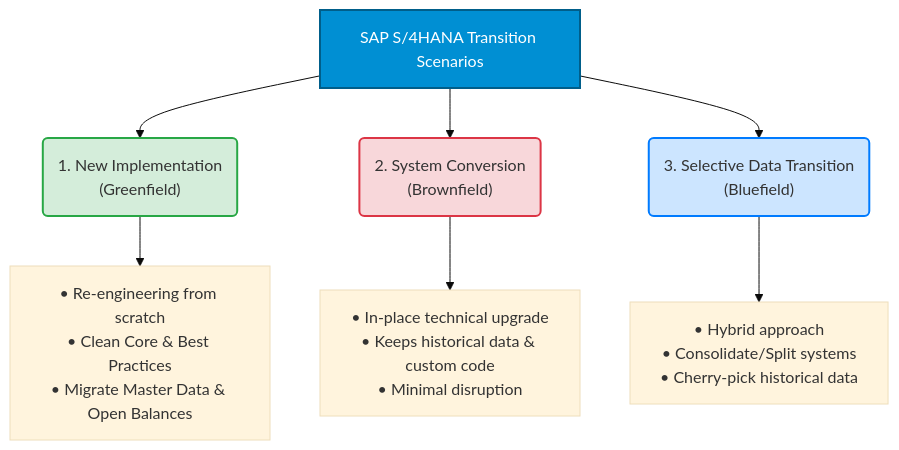
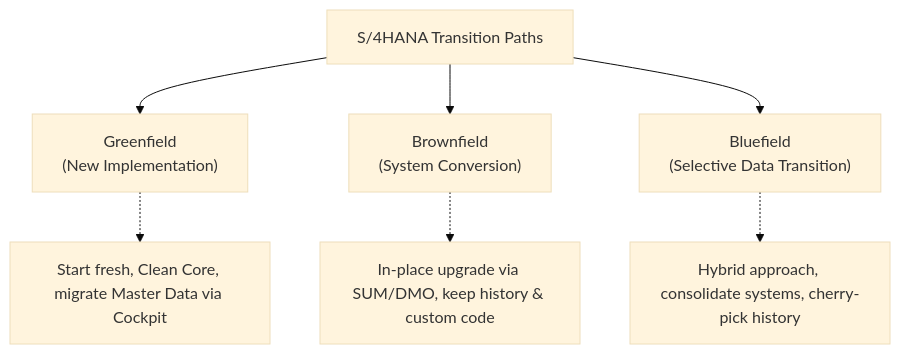
Before and after one commit to islamnassar13/S4HANA-FICO-End2End-Implementation-Hub: the fifth of 7 diagrams in s4hana-evolution-and-architecture.md, drawn with Mermaid (base theme). The commit also changed other lines of this file and 1 other file, not shown here.

First line of the commit message:
docs: completely rewrite S/4HANA markdown file following GitHub RTL rules

````diff
--- a/s4hana-evolution-and-architecture.md
+++ b/s4hana-evolution-and-architecture.md
@@ -196,17 +230,10 @@
 ```mermaid
 graph TD
-    A[SAP S/4HANA Transition Scenarios] --> B("1. New Implementation<br>(Greenfield)")
-    A --> C("2. System Conversion<br>(Brownfield)")
-    A --> D("3. Selective Data Transition<br>(Bluefield)")
+    A["S/4HANA Transition Paths"] --> B["Greenfield<br>(New Implementation)"]
+    A --> C["Brownfield<br>(System Conversion)"]
+    A --> D["Bluefield<br>(Selective Data Transition)"]
 
-    B --> B1["• Re-engineering from scratch<br>• Clean Core & Best Practices<br>• Migrate Master Data & Open Balances"]
-
-    C --> C1["• In-place technical upgrade<br>• Keeps historical data & custom code<br>• Minimal disruption"]
-
-    D --> D1["• Hybrid approach<br>• Consolidate/Split systems<br>• Cherry-pick historical data"]
-
-    style A fill:#008fd3,color:#fff,stroke:#005e8a,stroke-width:2px
-    style B fill:#d4edda,stroke:#28a745,stroke-width:2px
-    style C fill:#f8d7da,stroke:#dc3545,stroke-width:2px
-    style D fill:#cce5ff,stroke:#007bff,stroke-width:2px
+    B -.-> B1["Start fresh, Clean Core, migrate Master Data via Cockpit"]
+    C -.-> C1["In-place upgrade via SUM/DMO, keep history & custom code"]
+    D -.-> D1["Hybrid approach, consolidate systems, cherry-pick history"]
 ```
````
